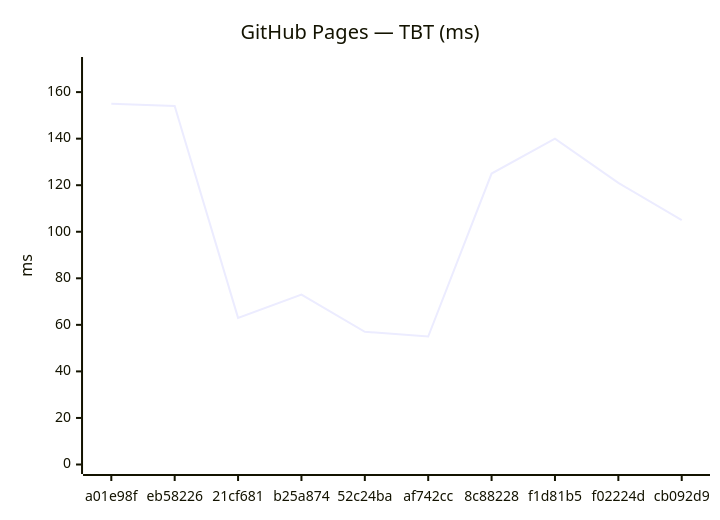
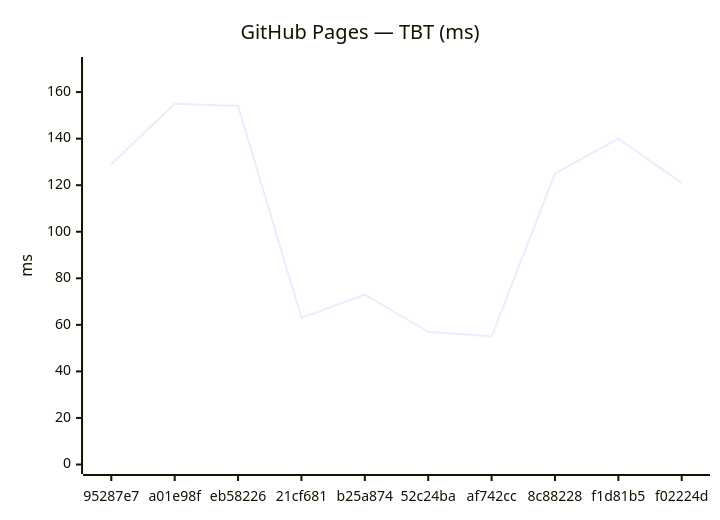
The fourth of 18 diagrams in benchmarks/compare.md (Metaheurist/Rianell), drawn with Mermaid before and after one commit. The commit also changed other lines of this file and 11 other files, not shown here.

````diff
--- a/benchmarks/compare.md
+++ b/benchmarks/compare.md
@@ -61,7 +61,7 @@
 ```mermaid
 xychart-beta
     title "GitHub Pages — TBT (ms)"
-    x-axis ["a01e98f", "eb58226", "21cf681", "b25a874", "52c24ba", "af742cc", "8c88228", "f1d81b5", "f02224d", "cb092d9"]
+    x-axis ["95287e7", "a01e98f", "eb58226", "21cf681", "b25a874", "52c24ba", "af742cc", "8c88228", "f1d81b5", "f02224d"]
     y-axis "ms" 0 --> 171
-    line [155, 154, 63, 73, 57, 55, 125, 140, 121, 105]
+    line [129, 155, 154, 63, 73, 57, 55, 125, 140, 121]
 ```
````
